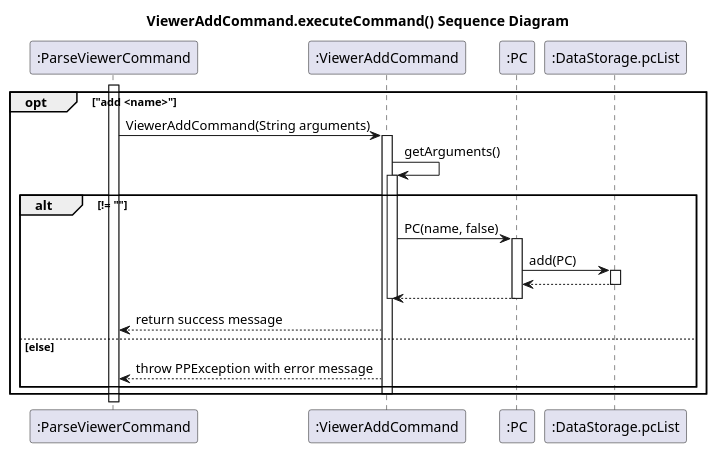
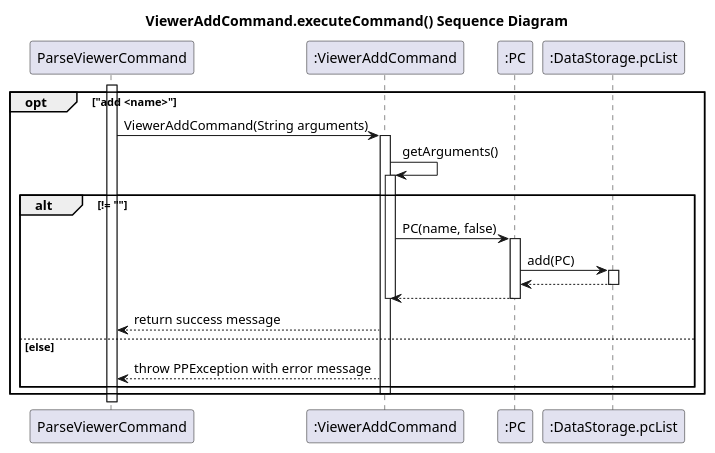
One commit to Reynold-SL/tp changed the diagram in docs/uml-source/ViewerAddCommand.puml. Above: the diagram before and after it, drawn with PlantUML.

Commit message:
Update vieweraddcommand and change parseviewercommand

```diff
--- a/docs/uml-source/ViewerAddCommand.puml
+++ b/docs/uml-source/ViewerAddCommand.puml
@@ -1,32 +1,32 @@
 @startuml
 title ViewerAddCommand.executeCommand() Sequence Diagram
 
-participant ":ParseViewerCommand" as ParseViewerCommand
+participant "ParseViewerCommand" as ParseViewerCommand
 participant ":ViewerAddCommand" as ViewerAddCommand
 participant ":PC" as PC
 participant ":DataStorage.pcList" as DataStorage.pcList
 
 activate ParseViewerCommand
 opt "add <name>"
 ParseViewerCommand -> ViewerAddCommand: ViewerAddCommand(String arguments)
 activate ViewerAddCommand
 ViewerAddCommand -> ViewerAddCommand: getArguments()
 activate ViewerAddCommand
 alt != ""
     ViewerAddCommand -> PC: PC(name, false)
     activate PC
     PC -> DataStorage.pcList: add(PC)
     activate DataStorage.pcList
     DataStorage.pcList --> PC
     deactivate DataStorage.pcList
     PC --> ViewerAddCommand
     deactivate PC
     deactivate ViewerAddCommand
     ViewerAddCommand --> ParseViewerCommand: return success message
 else else
     ViewerAddCommand --> ParseViewerCommand: throw PPException with error message
 end
 
 deactivate ViewerAddCommand
 end
 @enduml
```
